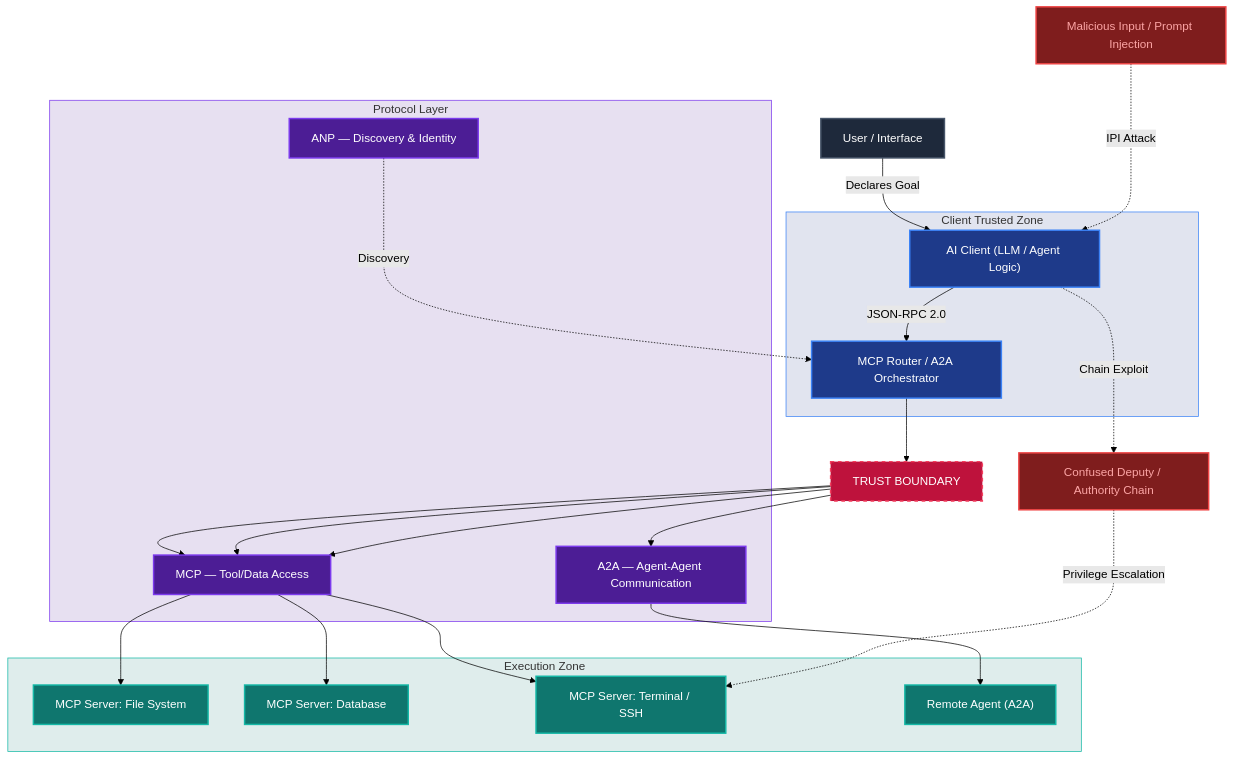
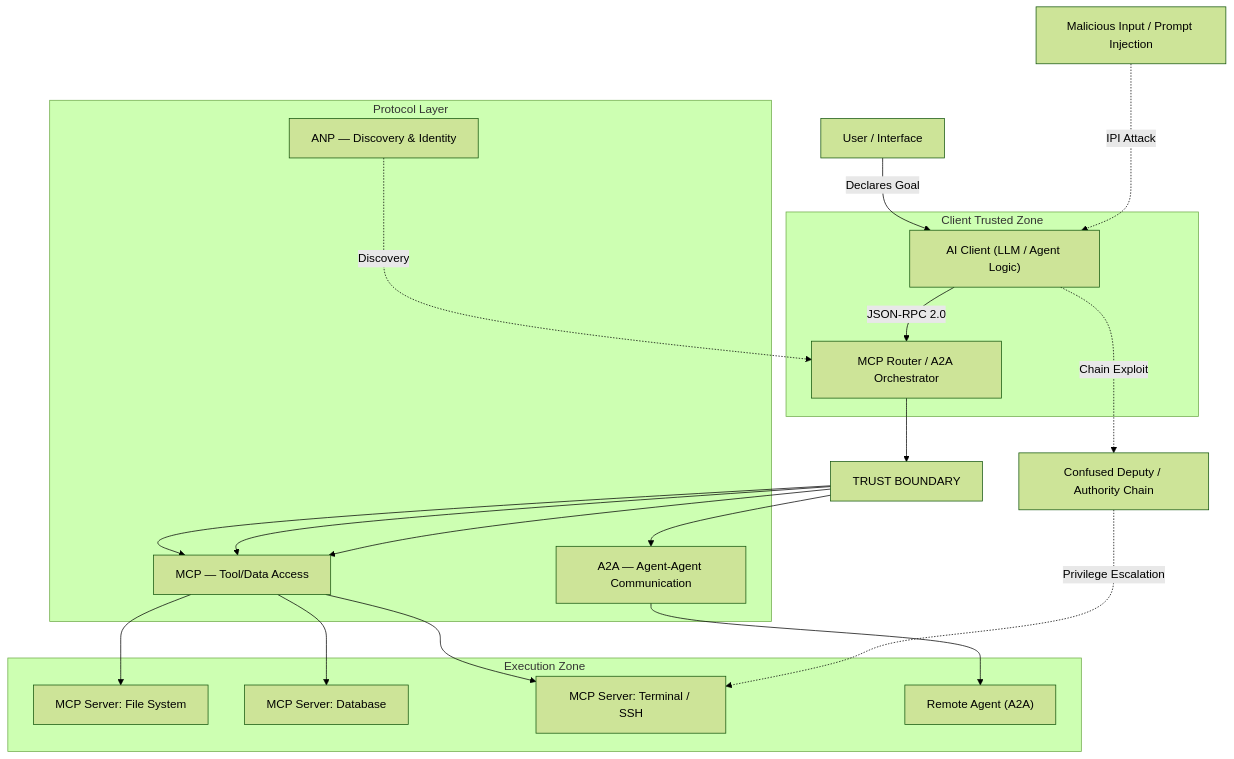
Before and after one commit to yusufarbc/yusufarbc: the first of 2 diagrams in website/content/agentic-ai-protocols-security-vulnerabilities/en.md, drawn with Mermaid (forest theme). The commit also changed other lines of this file and 24 other files, not shown here.

````diff
--- a/website/content/agentic-ai-protocols-security-vulnerabilities/en.md
+++ b/website/content/agentic-ai-protocols-security-vulnerabilities/en.md
@@ -21,51 +21,40 @@
 ```mermaid
 graph TD
-    classDef user fill:#1e293b,stroke:#475569,stroke-width:2px,color:#fff;
-    classDef client fill:#1e3a8a,stroke:#3b82f6,stroke-width:2px,color:#fff;
-    classDef boundary fill:#be123c,stroke:#f43f5e,stroke-width:2px,color:#fff,stroke-dasharray: 5 5;
-    classDef server fill:#0f766e,stroke:#14b8a6,stroke-width:2px,color:#fff;
-    classDef attack fill:#7f1d1d,stroke:#ef4444,stroke-width:2px,color:#fca5a5;
-    classDef protocol fill:#4c1d95,stroke:#7c3aed,stroke-width:2px,color:#fff;
-
-    User[User / Interface]:::user
+    User[User / Interface]
 
     subgraph ClientZone [Client Trusted Zone]
-        Client["AI Client (LLM / Agent Logic)"]:::client
-        Router["MCP Router / A2A Orchestrator"]:::client
+        Client["AI Client (LLM / Agent Logic)"]
+        Router["MCP Router / A2A Orchestrator"]
     end
 
-    TB["TRUST BOUNDARY"]:::boundary
+    TB["TRUST BOUNDARY"]
 
     subgraph ProtocolLayer [Protocol Layer]
-        MCP["MCP — Tool/Data Access"]:::protocol
-        A2A["A2A — Agent-Agent Communication"]:::protocol
-        ANP["ANP — Discovery & Identity"]:::protocol
+        MCP["MCP — Tool/Data Access"]
+        A2A["A2A — Agent-Agent Communication"]
+        ANP["ANP — Discovery & Identity"]
     end
 
     subgraph TargetZone [Execution Zone]
-        S_Env["MCP Server: File System"]:::server
-        S_Db["MCP Server: Database"]:::server
-        S_Term["MCP Server: Terminal / SSH"]:::server
-        RemoteAgent["Remote Agent (A2A)"]:::server
+        S_Env["MCP Server: File System"]
+        S_Db["MCP Server: Database"]
+        S_Term["MCP Server: Terminal / SSH"]
+        RemoteAgent["Remote Agent (A2A)"]
     end
 
-    Attacker["Malicious Input / Prompt Injection"]:::attack
-    Confused["Confused Deputy / Authority Chain"]:::attack
+    Attacker["Malicious Input / Prompt Injection"]
+    Confused["Confused Deputy / Authority Chain"]
 
     User -->|Declares Goal| Client
     Client -->|JSON-RPC 2.0| Router
     Router --> TB
     TB --> MCP --> S_Env
     TB --> MCP --> S_Db
     TB --> MCP --> S_Term
     TB --> A2A --> RemoteAgent
     ANP -..->|Discovery| Router
 
     Attacker -..->|IPI Attack| Client
     Client -..->|Chain Exploit| Confused
     Confused -..->|Privilege Escalation| S_Term
-
-    style ClientZone fill:#1e3a8a22,stroke:#3b82f6,stroke-width:1px
-    style TargetZone fill:#0f766e22,stroke:#14b8a6,stroke-width:1px
-    style ProtocolLayer fill:#4c1d9522,stroke:#7c3aed,stroke-width:1px
 ```
````
